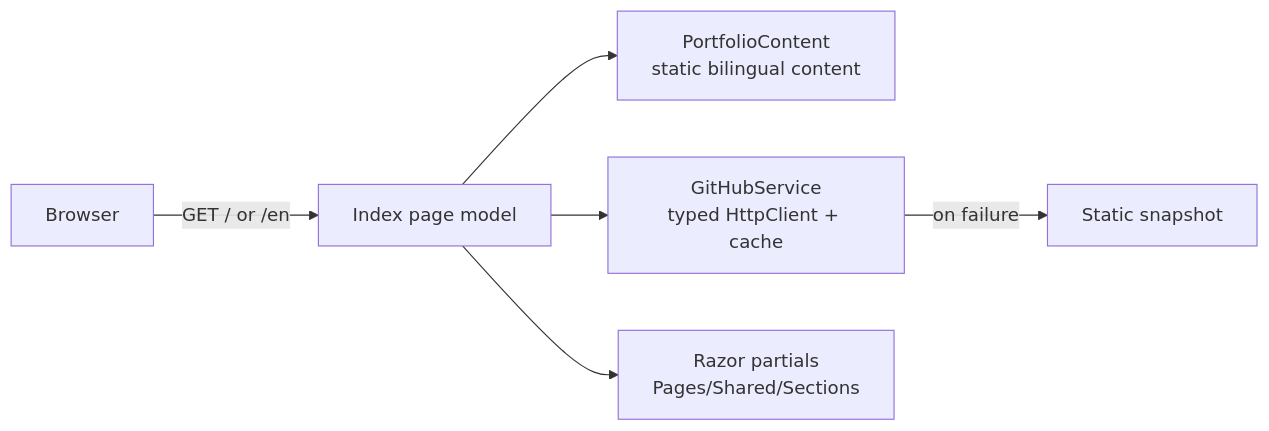
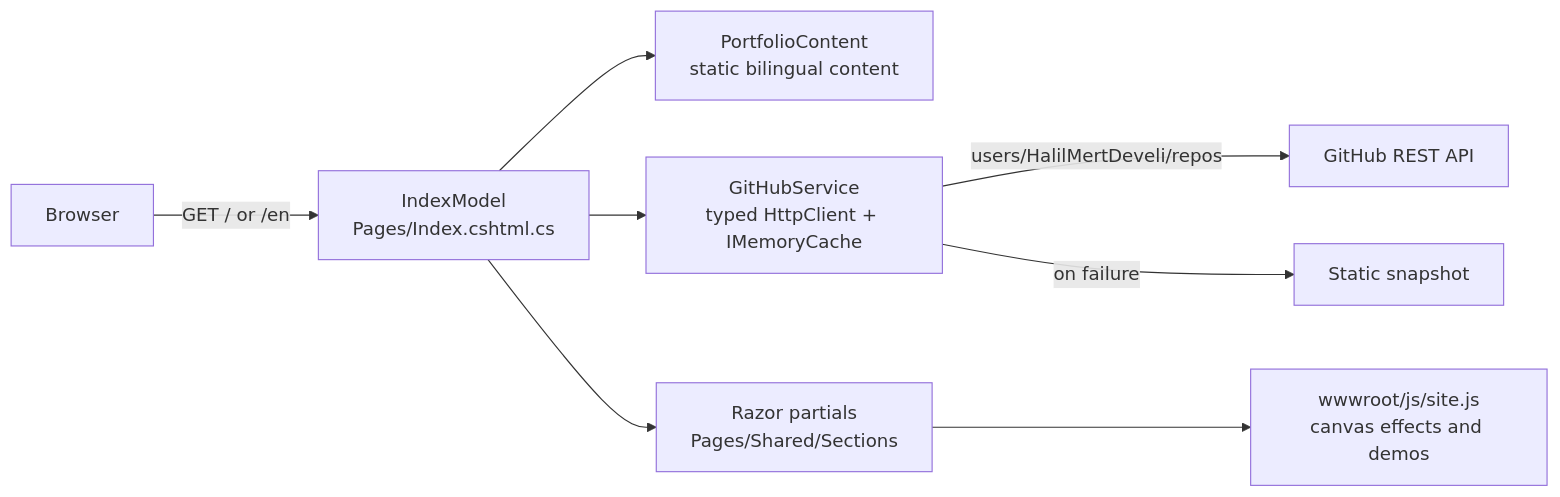
The first of 2 diagrams in README.md (HalilMertDeveli/Personal-Site-), drawn with Mermaid before and after one commit. The commit also changed other lines of this file, not shown here.

Commit message:
docs: rewrite README with visual bilingual technical documentation

````diff
--- a/README.md
+++ b/README.md
@@ -32,8 +95,10 @@
 ```mermaid
 flowchart LR
-    Browser -->|GET / or /en| Index[Index page model]
-    Index --> Content[PortfolioContent<br/>static bilingual content]
-    Index --> GitHub[GitHubService<br/>typed HttpClient + cache]
-    GitHub -->|on failure| Fallback[Static snapshot]
-    Index --> Partials[Razor partials<br/>Pages/Shared/Sections]
+    Browser["Browser"] -->|"GET / or /en"| Index["IndexModel<br/>Pages/Index.cshtml.cs"]
+    Index --> Content["PortfolioContent<br/>static bilingual content"]
+    Index --> GitHub["GitHubService<br/>typed HttpClient + IMemoryCache"]
+    GitHub -->|"users/HalilMertDeveli/repos"| API["GitHub REST API"]
+    GitHub -->|"on failure"| Fallback["Static snapshot"]
+    Index --> Partials["Razor partials<br/>Pages/Shared/Sections"]
+    Partials --> JS["wwwroot/js/site.js<br/>canvas effects and demos"]
 ```
````
